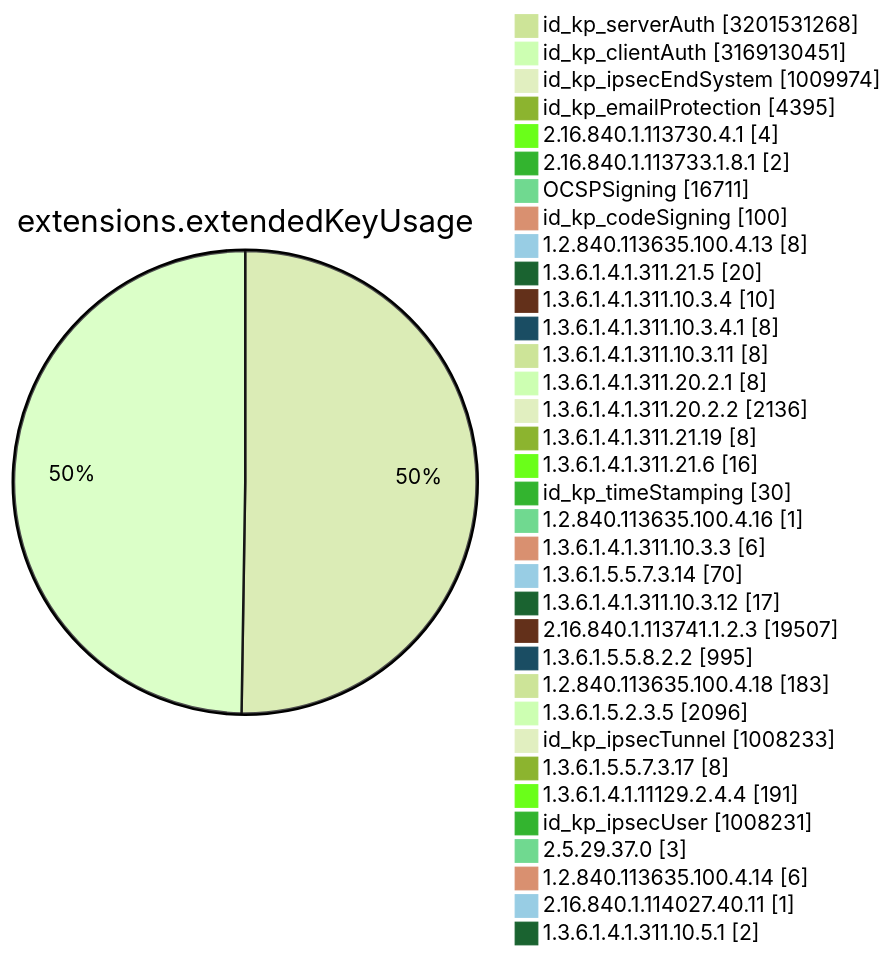
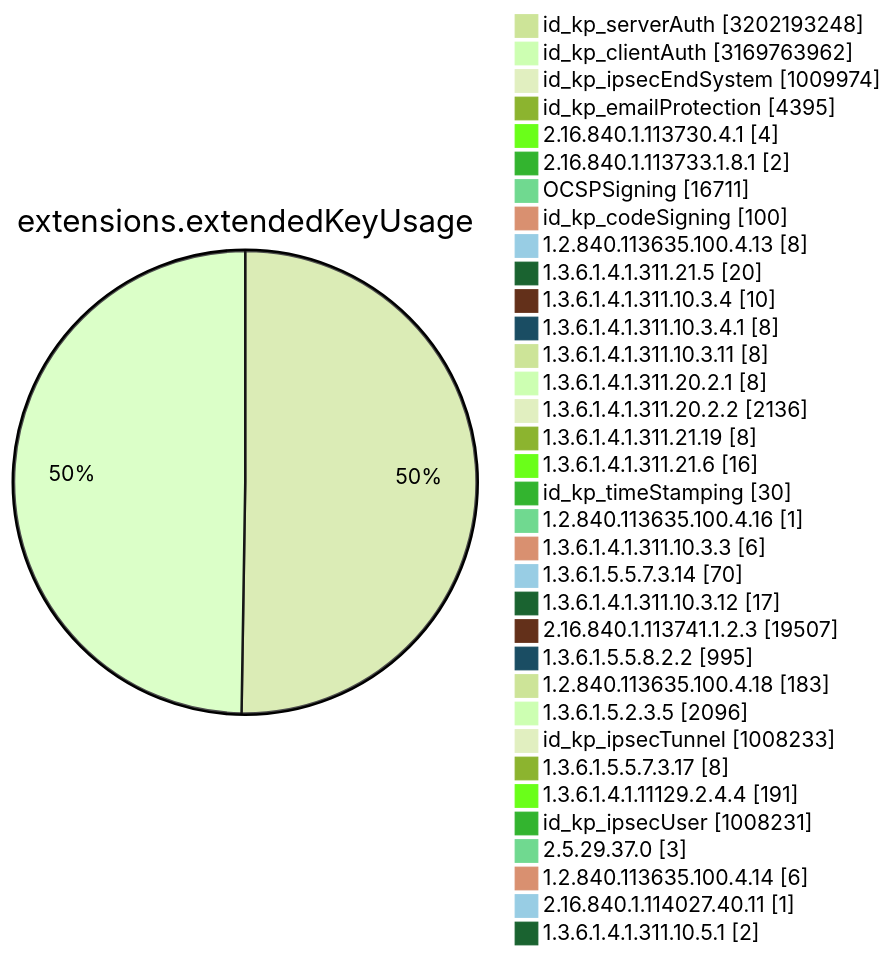
Diagram 11 of 15 in TOTAL/README.md (christiankrug/ctmonitor_visualization), drawn with Mermaid (forest theme) before and after one commit. The commit also changed other lines of this file, not shown here.

````diff
--- a/TOTAL/README.md
+++ b/TOTAL/README.md
@@ -4119,38 +4119,38 @@
 ```mermaid
 pie showData
 title extensions.extendedKeyUsage
-"id_kp_serverAuth" :3201531268
-"id_kp_clientAuth" :3169130451
+"id_kp_serverAuth" :3202193248
+"id_kp_clientAuth" :3169763962
 "id_kp_ipsecEndSystem" :1009974
 "id_kp_emailProtection" :4395
 "2.16.840.1.113730.4.1" :4
 "2.16.840.1.113733.1.8.1" :2
 "OCSPSigning" :16711
 "id_kp_codeSigning" :100
 "1.2.840.113635.100.4.13" :8
 "1.3.6.1.4.1.311.21.5" :20
 "1.3.6.1.4.1.311.10.3.4" :10
 "1.3.6.1.4.1.311.10.3.4.1" :8
 "1.3.6.1.4.1.311.10.3.11" :8
 "1.3.6.1.4.1.311.20.2.1" :8
 "1.3.6.1.4.1.311.20.2.2" :2136
 "1.3.6.1.4.1.311.21.19" :8
 "1.3.6.1.4.1.311.21.6" :16
 "id_kp_timeStamping" :30
 "1.2.840.113635.100.4.16" :1
 "1.3.6.1.4.1.311.10.3.3" :6
 "1.3.6.1.5.5.7.3.14" :70
 "1.3.6.1.4.1.311.10.3.12" :17
 "2.16.840.1.113741.1.2.3" :19507
 "1.3.6.1.5.5.8.2.2" :995
 "1.2.840.113635.100.4.18" :183
 "1.3.6.1.5.2.3.5" :2096
 "id_kp_ipsecTunnel" :1008233
 "1.3.6.1.5.5.7.3.17" :8
 "1.3.6.1.4.1.11129.2.4.4" :191
 "id_kp_ipsecUser" :1008231
 "2.5.29.37.0" :3
 "1.2.840.113635.100.4.14" :6
 "2.16.840.1.114027.40.11" :1
 "1.3.6.1.4.1.311.10.5.1" :2
 ```
````
